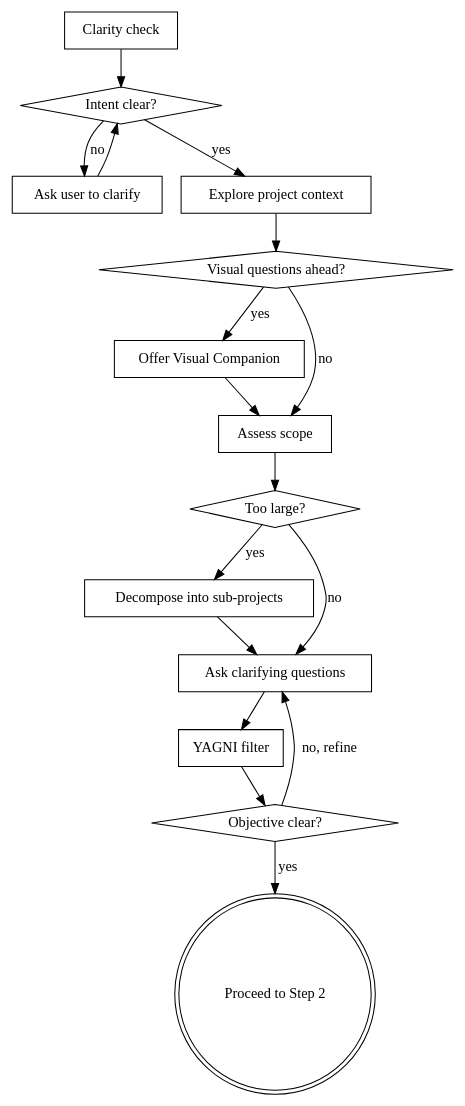
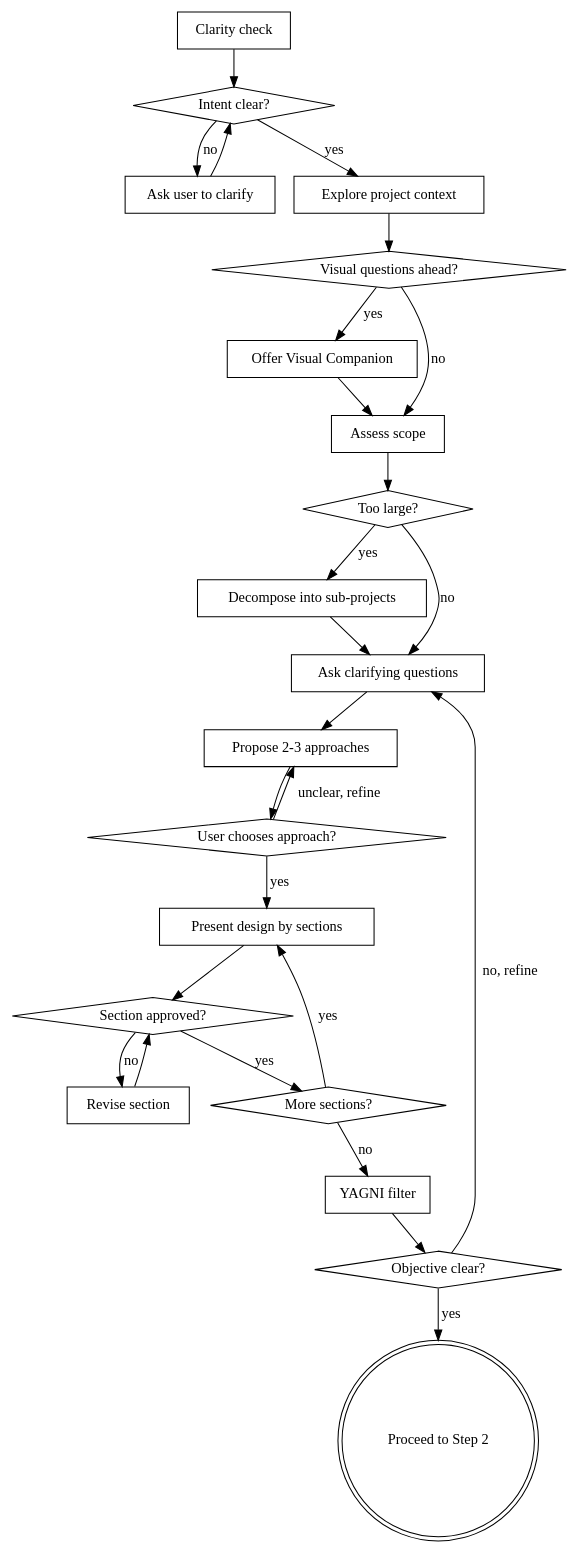
Before and after one commit to gigi206/ops: the diagram in skills/plan/SKILL.md, drawn with Graphviz. The commit also changed other lines of this file and 4 other files, not shown here.

````diff
--- a/skills/plan/SKILL.md
+++ b/skills/plan/SKILL.md
@@ -103,34 +114,49 @@
 ```dot
 digraph brainstorming {
     "Clarity check" [shape=box];
     "Intent clear?" [shape=diamond];
     "Ask user to clarify" [shape=box];
     "Explore project context" [shape=box];
     "Visual questions ahead?" [shape=diamond];
     "Offer Visual Companion" [shape=box];
     "Assess scope" [shape=box];
     "Too large?" [shape=diamond];
     "Decompose into sub-projects" [shape=box];
     "Ask clarifying questions" [shape=box];
+    "Propose 2-3 approaches" [shape=box];
+    "User chooses approach?" [shape=diamond];
+    "Present design by sections" [shape=box];
+    "Section approved?" [shape=diamond];
+    "Revise section" [shape=box];
+    "More sections?" [shape=diamond];
     "YAGNI filter" [shape=box];
     "Objective clear?" [shape=diamond];
     "Proceed to Step 2" [shape=doublecircle];
 
     "Clarity check" -> "Intent clear?";
     "Intent clear?" -> "Ask user to clarify" [label="no"];
     "Ask user to clarify" -> "Intent clear?";
     "Intent clear?" -> "Explore project context" [label="yes"];
     "Explore project context" -> "Visual questions ahead?";
     "Visual questions ahead?" -> "Offer Visual Companion" [label="yes"];
     "Visual questions ahead?" -> "Assess scope" [label="no"];
     "Offer Visual Companion" -> "Assess scope";
     "Assess scope" -> "Too large?";
     "Too large?" -> "Decompose into sub-projects" [label="yes"];
     "Decompose into sub-projects" -> "Ask clarifying questions";
     "Too large?" -> "Ask clarifying questions" [label="no"];
-    "Ask clarifying questions" -> "YAGNI filter";
+    "Ask clarifying questions" -> "Propose 2-3 approaches";
+    "Propose 2-3 approaches" -> "User chooses approach?";
+    "User chooses approach?" -> "Propose 2-3 approaches" [label="unclear, refine"];
+    "User chooses approach?" -> "Present design by sections" [label="yes"];
+    "Present design by sections" -> "Section approved?";
+    "Section approved?" -> "Revise section" [label="no"];
+    "Revise section" -> "Section approved?";
+    "Section approved?" -> "More sections?" [label="yes"];
+    "More sections?" -> "Present design by sections" [label="yes"];
+    "More sections?" -> "YAGNI filter" [label="no"];
     "YAGNI filter" -> "Objective clear?";
     "Objective clear?" -> "Ask clarifying questions" [label="no, refine"];
     "Objective clear?" -> "Proceed to Step 2" [label="yes"];
 }
 ```
````
